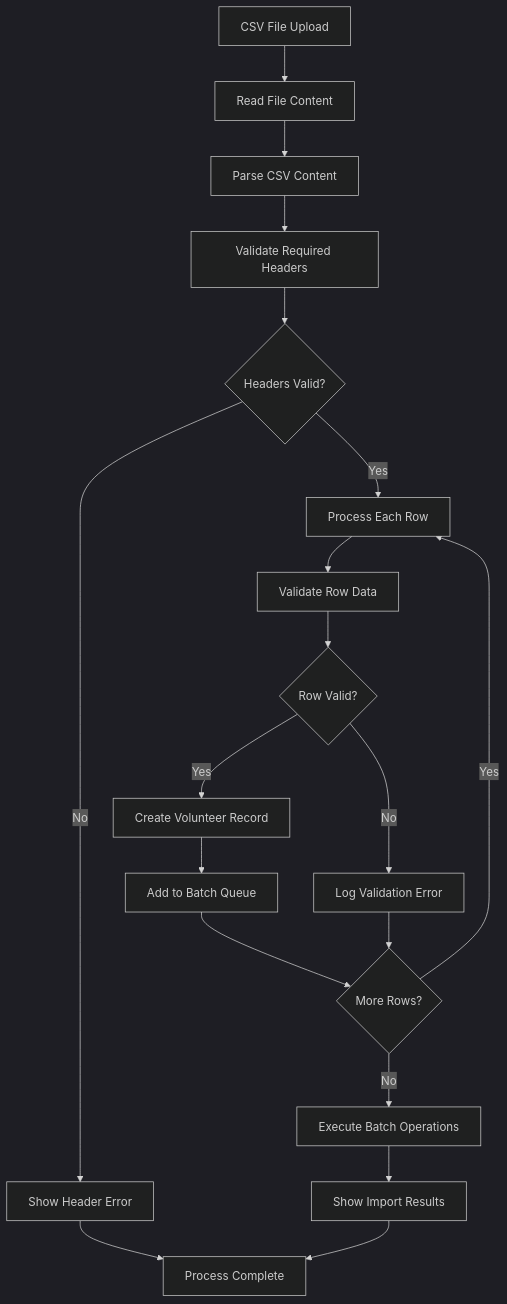
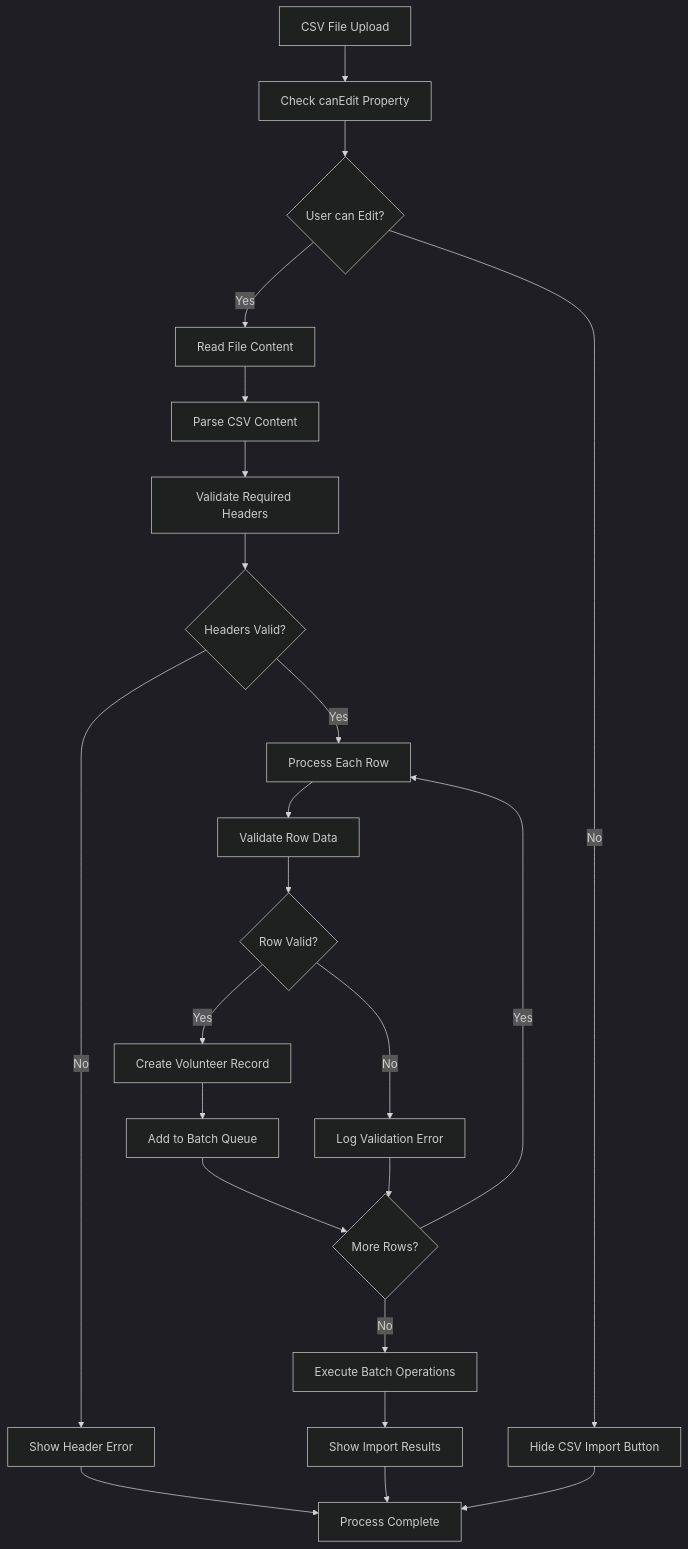
The fifth of 7 diagrams in .qoder/repowiki/en/content/Volunteer Management System/Volunteer Management System.md (netdaniel/serveflow), drawn with Mermaid (dark theme) before and after one commit. The commit also changed other lines of this file and 15 other files, not shown here.

````diff
--- a/.qoder/repowiki/en/content/Volunteer Management System/Volunteer Management System.md
+++ b/.qoder/repowiki/en/content/Volunteer Management System/Volunteer Management System.md
@@ -360,21 +386,25 @@
 ```mermaid
 flowchart TD
-CSVUpload["CSV File Upload"] --> ReadFile["Read File Content"]
+CSVUpload["CSV File Upload"] --> CheckCanEdit["Check canEdit Property"]
+CheckCanEdit --> CanEdit{"User can Edit?"}
+CanEdit --> |Yes| ReadFile["Read File Content"]
+CanEdit --> |No| HideFeature["Hide CSV Import Button"]
 ReadFile --> ParseCSV["Parse CSV Content"]
 ParseCSV --> ValidateHeaders["Validate Required Headers"]
 ValidateHeaders --> HeaderValid{"Headers Valid?"}
 HeaderValid --> |No| ShowHeaderError["Show Header Error"]
 HeaderValid --> |Yes| ProcessRows["Process Each Row"]
 ProcessRows --> ValidateRow["Validate Row Data"]
 ValidateRow --> RowValid{"Row Valid?"}
 RowValid --> |No| LogError["Log Validation Error"]
 RowValid --> |Yes| CreateVolunteer["Create Volunteer Record"]
 CreateVolunteer --> AddToBatch["Add to Batch Queue"]
 AddToBatch --> MoreRows{"More Rows?"}
 MoreRows --> |Yes| ProcessRows
 MoreRows --> |No| ExecuteBatch["Execute Batch Operations"]
 ExecuteBatch --> ShowResults["Show Import Results"]
 LogError --> MoreRows
 ShowHeaderError --> End["Process Complete"]
 ShowResults --> End
+HideFeature --> End
 ```
````
